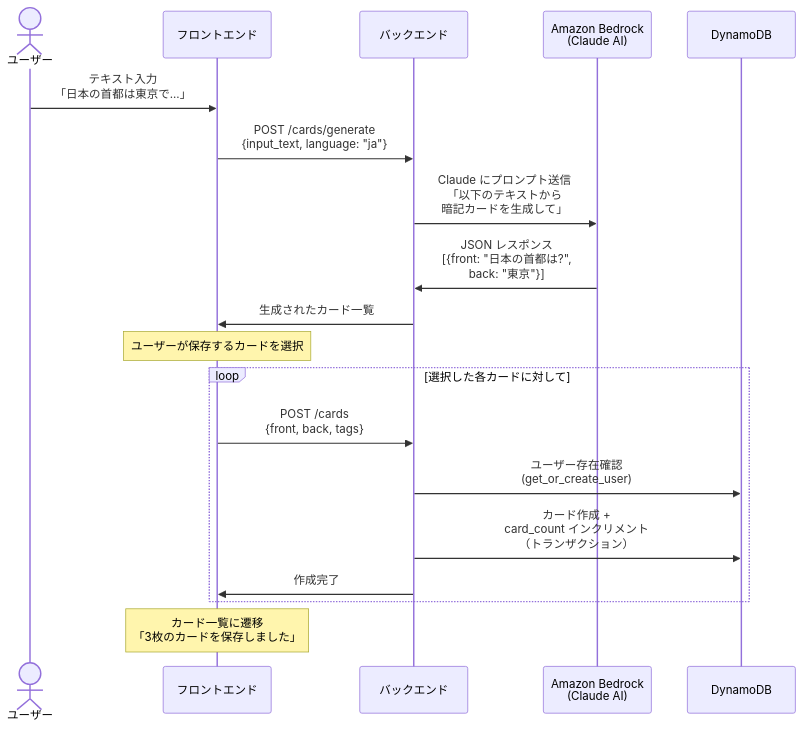
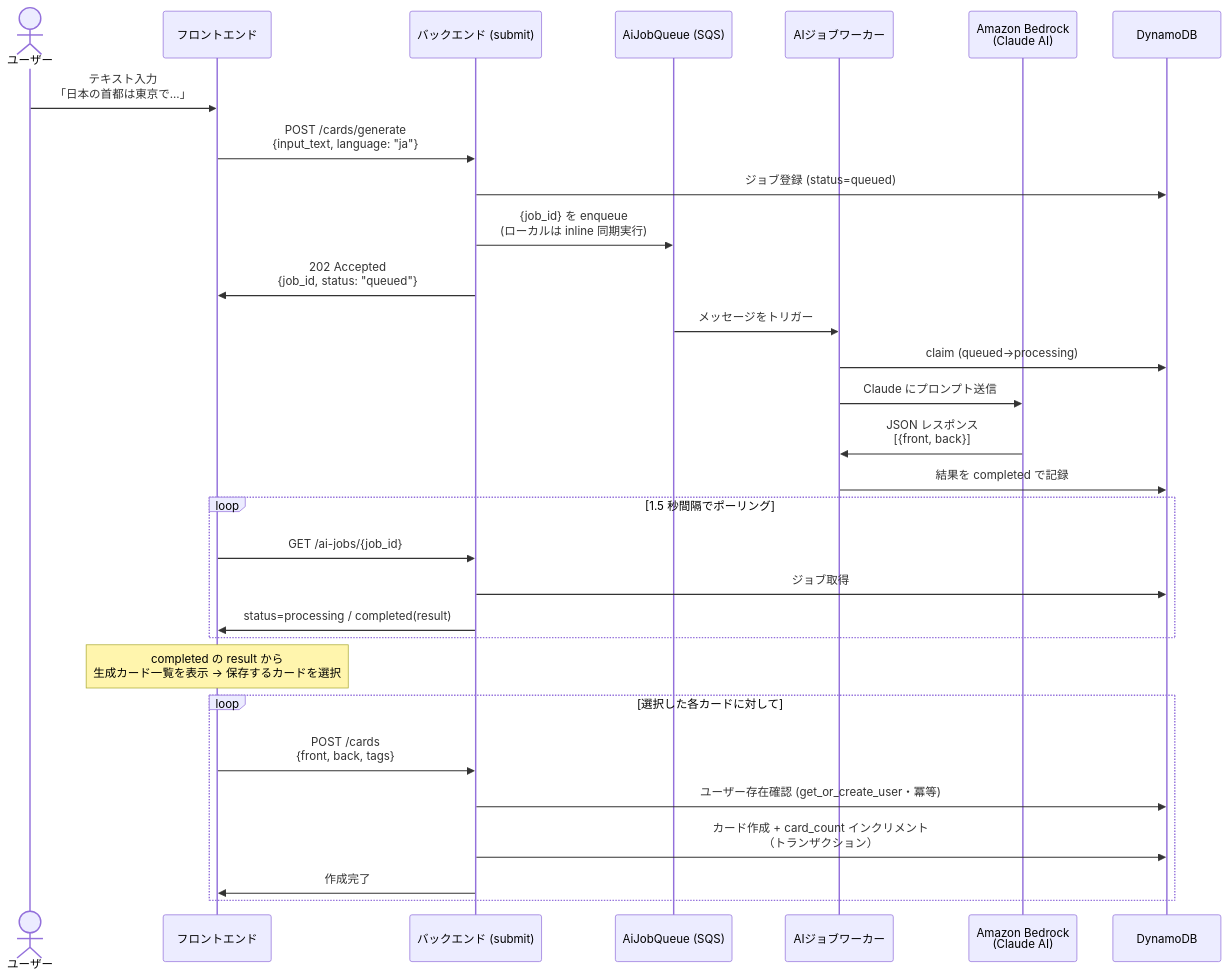
The fifth of 11 diagrams in docs/system-overview.md (mozuq-lab/memoru-liff), drawn with Mermaid before and after one commit. The commit also changed other lines of this file and 6 other files, not shown here.

````diff
--- a/docs/system-overview.md
+++ b/docs/system-overview.md
@@ -213,27 +219,37 @@
 ```mermaid
 sequenceDiagram
     actor User as ユーザー
     participant FE as フロントエンド
-    participant API as バックエンド
+    participant API as バックエンド (submit)
+    participant Queue as AiJobQueue (SQS)
+    participant Worker as AIジョブワーカー
     participant Bedrock as Amazon Bedrock<br/>(Claude AI)
     participant DB as DynamoDB
 
     User->>FE: テキスト入力<br/>「日本の首都は東京で...」
     FE->>API: POST /cards/generate<br/>{input_text, language: "ja"}
+    API->>DB: ジョブ登録 (status=queued)
+    API->>Queue: {job_id} を enqueue<br/>(ローカルは inline 同期実行)
+    API->>FE: 202 Accepted<br/>{job_id, status: "queued"}
 
-    API->>Bedrock: Claude にプロンプト送信<br/>「以下のテキストから<br/>暗記カードを生成して」
-    Bedrock->>API: JSON レスポンス<br/>[{front: "日本の首都は?",<br/>  back: "東京"}]
+    Queue->>Worker: メッセージをトリガー
+    Worker->>DB: claim (queued→processing)
+    Worker->>Bedrock: Claude にプロンプト送信
+    Bedrock->>Worker: JSON レスポンス<br/>[{front, back}]
+    Worker->>DB: 結果を completed で記録
 
-    API->>FE: 生成されたカード一覧
+    loop 1.5 秒間隔でポーリング
+        FE->>API: GET /ai-jobs/{job_id}
+        API->>DB: ジョブ取得
+        API->>FE: status=processing / completed(result)
+    end
 
-    Note over FE: ユーザーが保存するカードを選択
+    Note over FE: completed の result から<br/>生成カード一覧を表示 → 保存するカードを選択
 
     loop 選択した各カードに対して
         FE->>API: POST /cards<br/>{front, back, tags}
-        API->>DB: ユーザー存在確認<br/>(get_or_create_user)
-        API->>DB: カード作成 +<br/>card_count インクリメント<br/>（トランザクション）
+        API->>DB: ユーザー存在確認 (get_or_create_user・冪等)
+        API->>DB: カード作成 + card_count インクリメント<br/>（トランザクション）
         API->>FE: 作成完了
     end
-
-    Note over FE: カード一覧に遷移<br/>「3枚のカードを保存しました」
 ```
````
